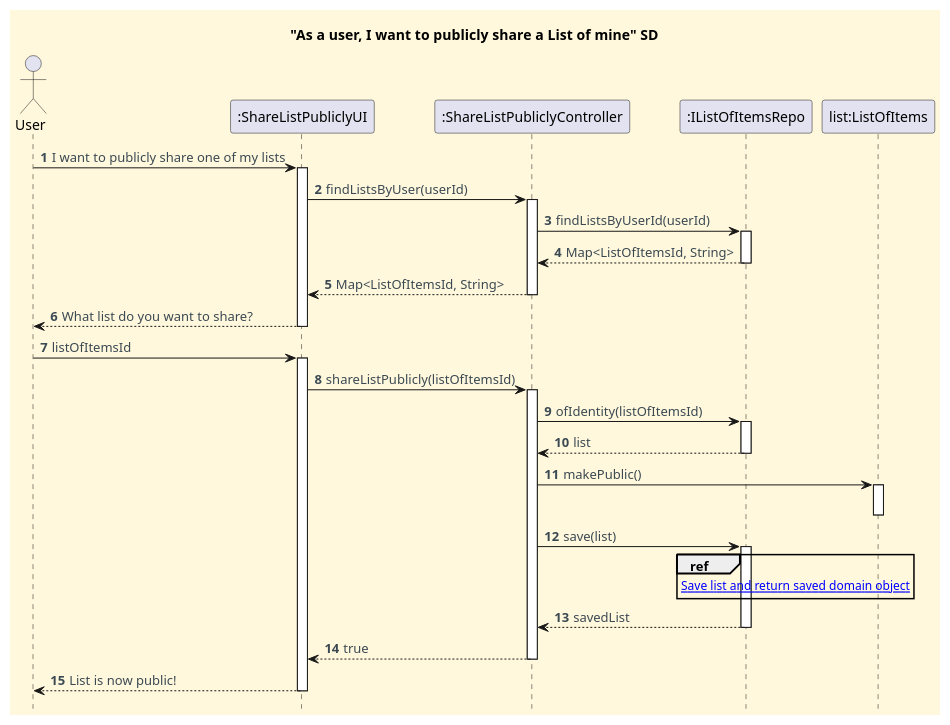
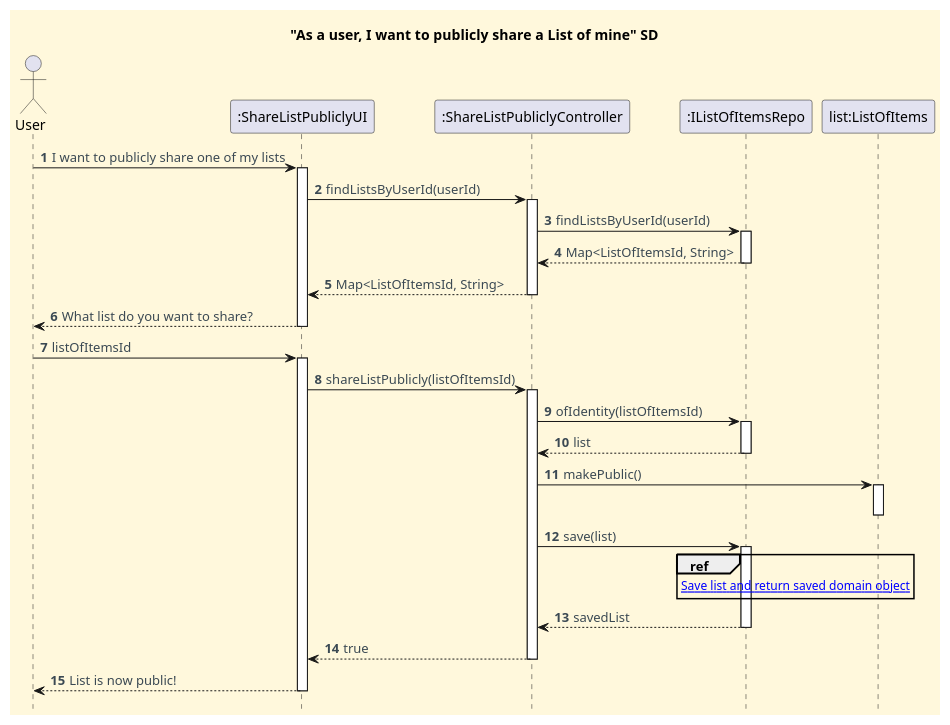
One commit to CarolinaLeite-collab/JavaMarketplacePlatform changed the diagram in docs/functionalities/user/publicly-share-list-of-mine/To_Publicly_Share_A_List_Of_Mine_SD.puml. Above: the diagram before and after it, drawn with PlantUML. The commit also changed 2 other files, not shown here.

Commit message:
Refactor: Update US019 CD, SD and Save SD ref diagram, Refs: #777

```diff
--- a/docs/functionalities/user/publicly-share-list-of-mine/To_Publicly_Share_A_List_Of_Mine_SD.puml
+++ b/docs/functionalities/user/publicly-share-list-of-mine/To_Publicly_Share_A_List_Of_Mine_SD.puml
@@ -1,67 +1,67 @@
 @startuml
 title "As a user, I want to publicly share a List of mine" SD
 hide footbox
 
 skinparam monochrome false
 skinparam shadowing false
 skinparam defaultFontName Futura
 skinparam objectFontSize 20
 skinparam backgroundColor CornSilk
 skinparam objectBackgroundColor WhiteSmoke
 skinparam noteBackgroundColor #FFFFE0
 skinparam ArrowFontColor #3B4953
 skinparam ActivationBackgroundColor black
 
 autonumber
 autoactivate off
 
 actor "User"
 participant ":ShareListPubliclyUI" as UI
 participant ":ShareListPubliclyController" as Ctl
 participant ":IListOfItemsRepo" as IListRepo
 
 "User" -> UI : I want to publicly share one of my lists
 activate UI
 
-UI -> Ctl : findListsByUser(userId)
+UI -> Ctl : findListsByUserId(userId)
 activate Ctl
 Ctl -> IListRepo : findListsByUserId(userId)
 activate IListRepo
 IListRepo --> Ctl : Map<ListOfItemsId, String>
 deactivate IListRepo
 Ctl --> UI : Map<ListOfItemsId, String>
 deactivate Ctl
 
 UI --> "User" : What list do you want to share?
 deactivate UI
 "User" -> UI : listOfItemsId
 activate UI
 
 UI -> Ctl : shareListPublicly(listOfItemsId)
 activate Ctl
 
 Ctl -> IListRepo : ofIdentity(listOfItemsId)
 activate IListRepo
 IListRepo --> Ctl : list
 deactivate IListRepo
 
 Ctl -> "list:ListOfItems" : makePublic()
 activate "list:ListOfItems"
 deactivate "list:ListOfItems"
 
 Ctl -> IListRepo : save(list)
 
 ref over IListRepo
 [[sd-ref-diagrams/Save_ListOfItems.puml Save list and return saved domain object]]
 end ref
 
 activate IListRepo
 IListRepo --> Ctl : savedList
 deactivate IListRepo
 
 Ctl --> UI : true
 deactivate Ctl
 UI --> "User" : List is now public!
 deactivate UI
 
 @enduml
```
